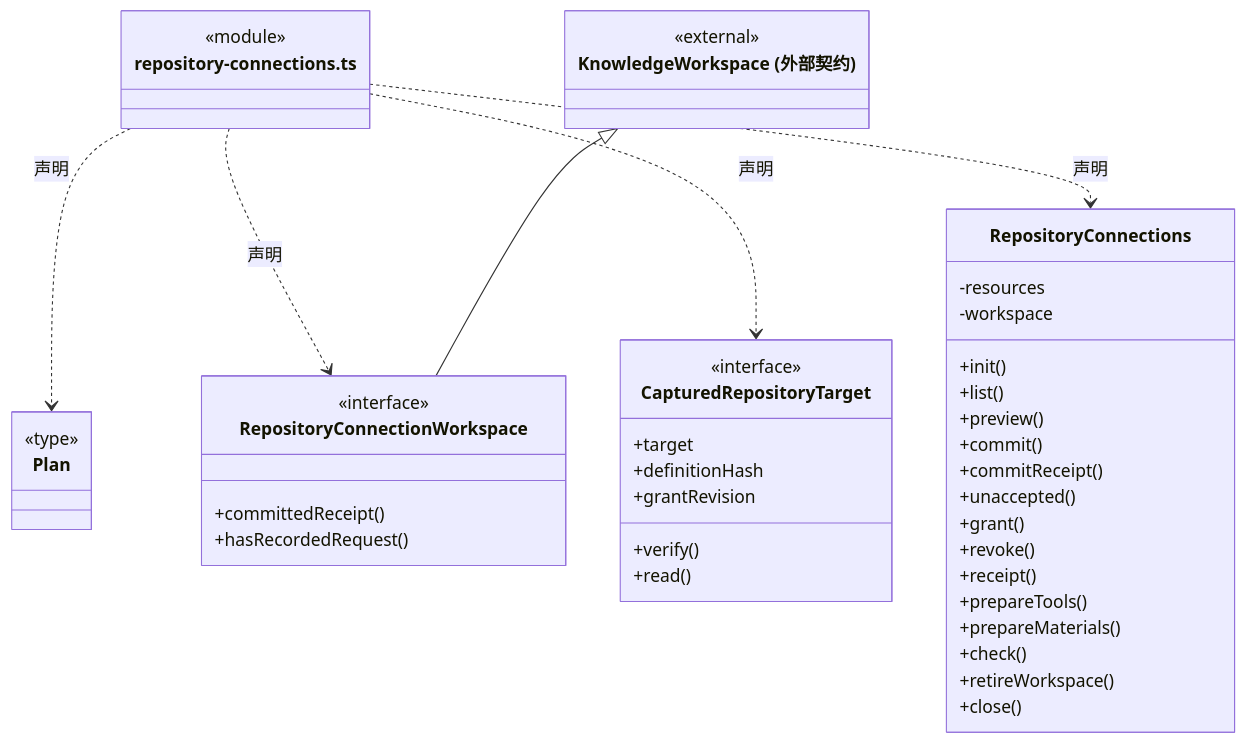
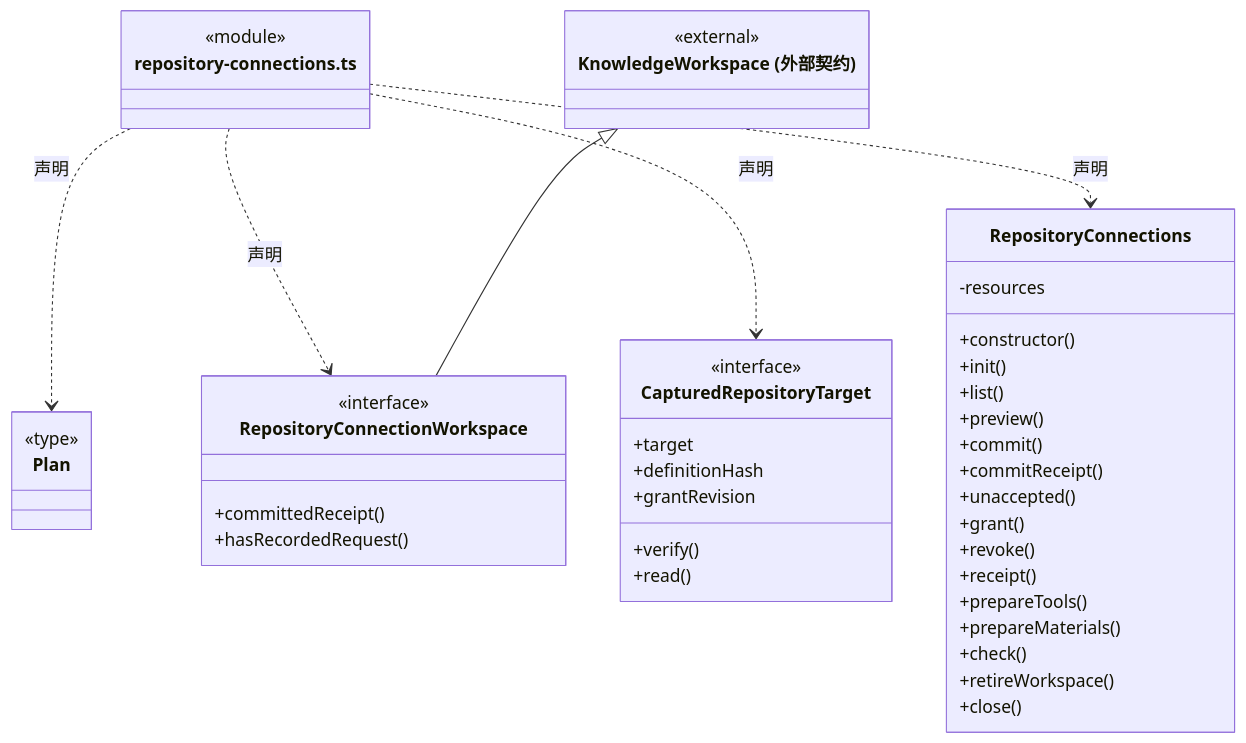
Before and after one commit to nan023062/cbim: the second of 5 diagrams in src/logic/connectors/service/ARCHITECTURE.md, drawn with Mermaid. The commit also changed other lines of this file and 139 other files, not shown here.

Commit message:
docs(architecture): add source reading paths and complete file inventories

````diff
--- a/src/logic/connectors/service/ARCHITECTURE.md
+++ b/src/logic/connectors/service/ARCHITECTURE.md
@@ -50,49 +55,49 @@
 ```mermaid
 classDiagram
 class N_src_logic_connectors_service_repository_connections_ts["repository-connections.ts"] {
   <<module>>
 }
 class N_src_logic_connectors_service_repository_connections_ts_Plan["Plan"] {
   <<type>>
 
 }
 N_src_logic_connectors_service_repository_connections_ts ..> N_src_logic_connectors_service_repository_connections_ts_Plan : 声明
 class N_src_logic_connectors_service_repository_connections_ts_RepositoryConnectionWorkspace["RepositoryConnectionWorkspace"] {
   <<interface>>
   +committedReceipt()
   +hasRecordedRequest()
 }
 N_src_logic_connectors_service_repository_connections_ts ..> N_src_logic_connectors_service_repository_connections_ts_RepositoryConnectionWorkspace : 声明
 class N_src_logic_connectors_service_repository_connections_ts_external_KnowledgeWorkspace["KnowledgeWorkspace (外部契约)"] {
   <<external>>
 }
 N_src_logic_connectors_service_repository_connections_ts_external_KnowledgeWorkspace <|-- N_src_logic_connectors_service_repository_connections_ts_RepositoryConnectionWorkspace
 class N_src_logic_connectors_service_repository_connections_ts_CapturedRepositoryTarget["CapturedRepositoryTarget"] {
   <<interface>>
   +target
   +definitionHash
   +grantRevision
   +verify()
   +read()
 }
 N_src_logic_connectors_service_repository_connections_ts ..> N_src_logic_connectors_service_repository_connections_ts_CapturedRepositoryTarget : 声明
 class N_src_logic_connectors_service_repository_connections_ts_RepositoryConnections["RepositoryConnections"] {
+  +constructor()
   +init()
   +list()
   +preview()
   +commit()
   +commitReceipt()
   +unaccepted()
   +grant()
   +revoke()
   +receipt()
   +prepareTools()
   +prepareMaterials()
   +check()
   +retireWorkspace()
   +close()
   -resources
-  -workspace
 }
 N_src_logic_connectors_service_repository_connections_ts ..> N_src_logic_connectors_service_repository_connections_ts_RepositoryConnections : 声明
 ```
````
